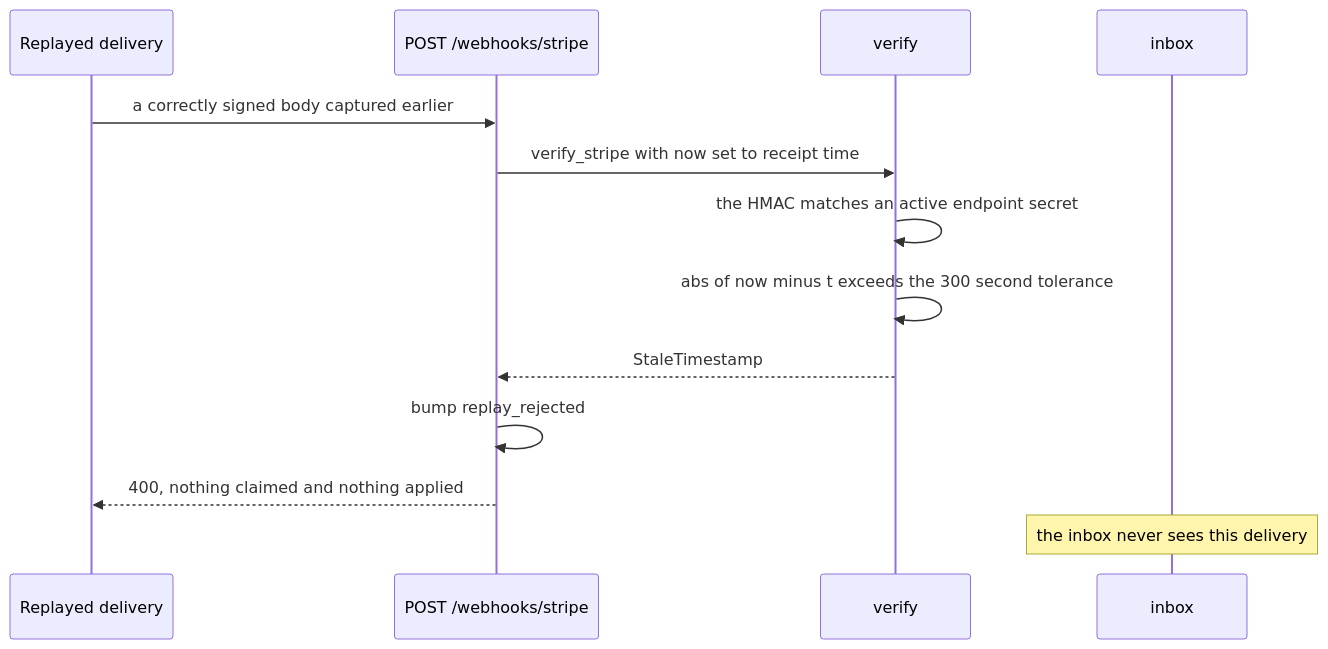
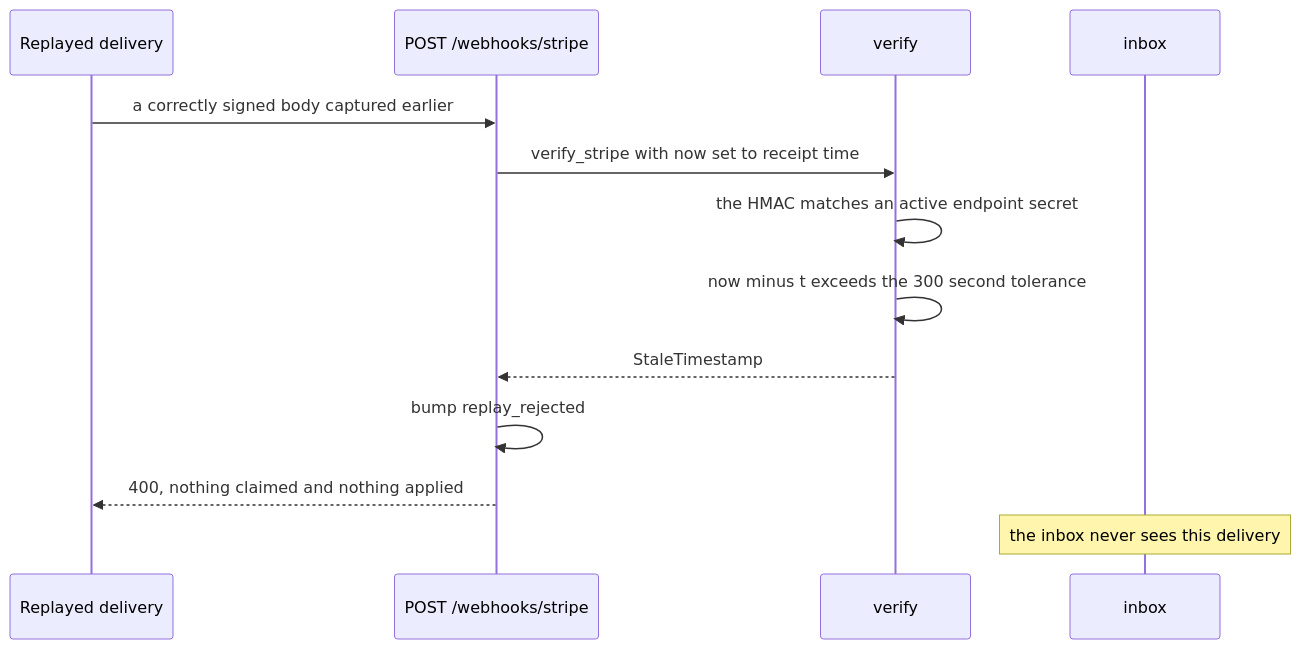
One commit to PNX89/QUIDZ changed the second of 2 diagrams in README.md. Above: the diagram before and after it, drawn with Mermaid. The commit also changed other lines of this file and 4 other files, not shown here.

````diff
--- a/README.md
+++ b/README.md
@@ -150,15 +150,15 @@
 ```mermaid
 sequenceDiagram
     participant A as Replayed delivery
     participant W as POST /webhooks/stripe
     participant V as verify
     participant I as inbox
     A->>W: a correctly signed body captured earlier
     W->>V: verify_stripe with now set to receipt time
     V->>V: the HMAC matches an active endpoint secret
-    V->>V: abs of now minus t exceeds the 300 second tolerance
+    V->>V: now minus t exceeds the 300 second tolerance
     V-->>W: StaleTimestamp
     W->>W: bump replay_rejected
     W-->>A: 400, nothing claimed and nothing applied
     Note over I: the inbox never sees this delivery
 ```
````
